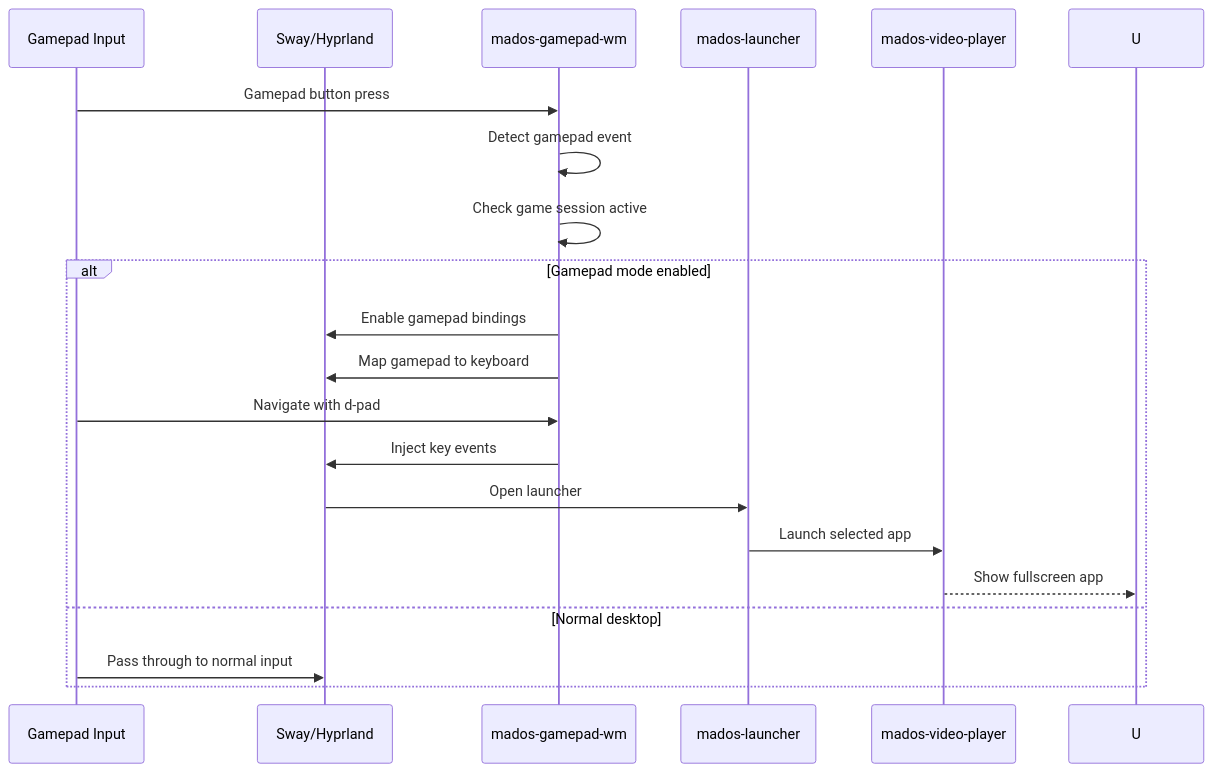
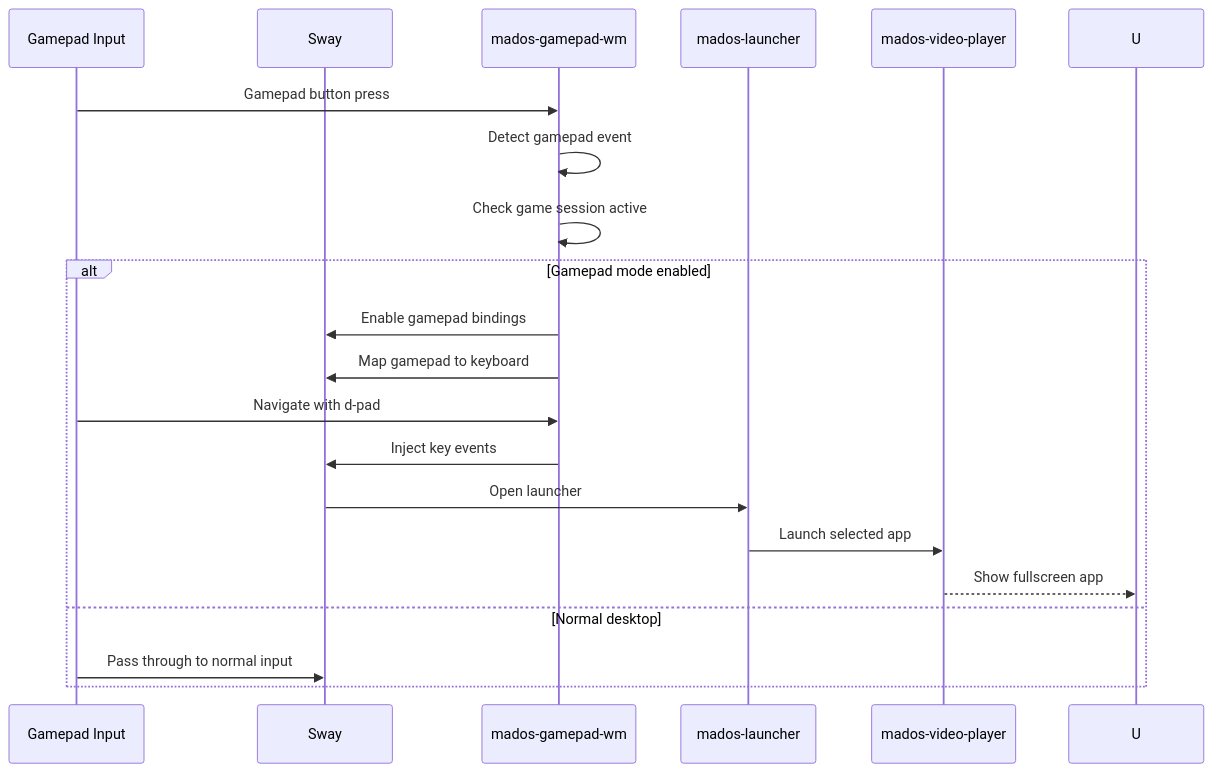
Before and after one commit to madoslinux/mad-os: the fifth of 5 diagrams in docs/SEQUENCE_DIAGRAMS.md, drawn with Mermaid. The commit also changed other lines of this file and 37 other files, not shown here.

First line of the commit message:
refactor: remove Hyprland/Wayland references, consolidate on Sway+X11 for madOS-lite

````diff
--- a/docs/SEQUENCE_DIAGRAMS.md
+++ b/docs/SEQUENCE_DIAGRAMS.md
@@ -126,26 +126,26 @@
 ```mermaid
 sequenceDiagram
     participant G as Gamepad Input
-    participant W as Sway/Hyprland
+    participant W as Sway
     participant GM as mados-gamepad-wm
     participant M as mados-launcher
     participant A as mados-video-player
     
     G->>GM: Gamepad button press
     GM->>GM: Detect gamepad event
     GM->>GM: Check game session active
     
     alt Gamepad mode enabled
         GM->>W: Enable gamepad bindings
         GM->>W: Map gamepad to keyboard
         
         G->>GM: Navigate with d-pad
         GM->>W: Inject key events
         W->>M: Open launcher
         
         M->>A: Launch selected app
         A-->>U: Show fullscreen app
     else Normal desktop
         G->>W: Pass through to normal input
     end
 ```
````
